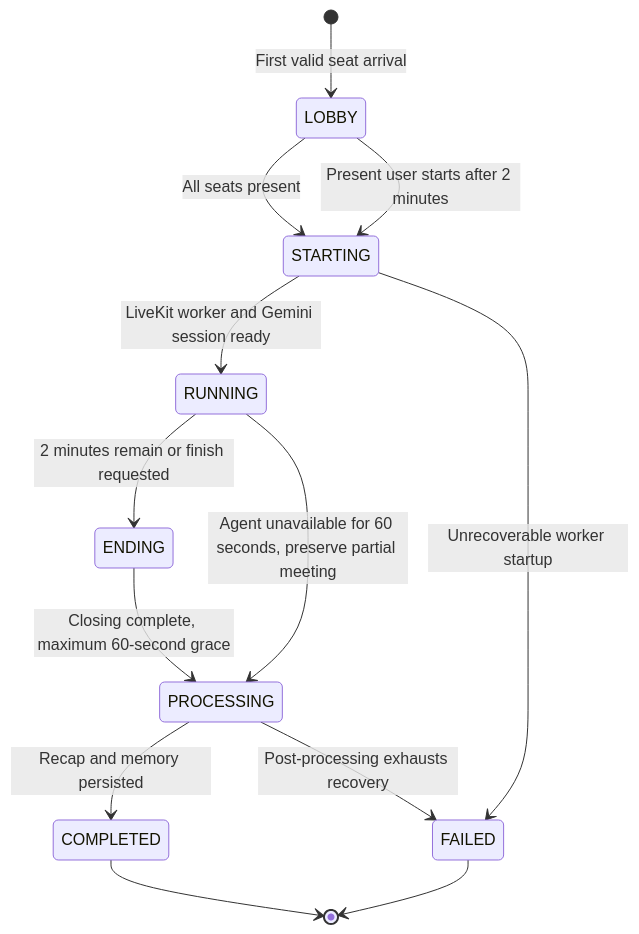
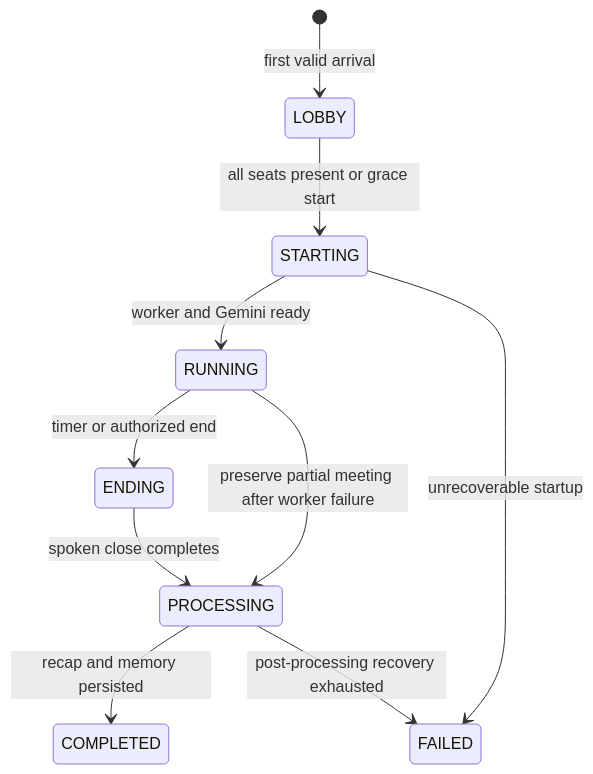
The third of 3 diagrams in docs/FLOW.md (joinarun/RoleCallAI), drawn with Mermaid before and after one commit. The commit also changed other lines of this file and 102 other files, not shown here.

````diff
--- a/docs/FLOW.md
+++ b/docs/FLOW.md
@@ -92,15 +120,12 @@
 ```mermaid
 stateDiagram-v2
-    [*] --> LOBBY: First valid seat arrival
-    LOBBY --> STARTING: All seats present
-    LOBBY --> STARTING: Present user starts after 2 minutes
-    STARTING --> RUNNING: LiveKit worker and Gemini session ready
-    RUNNING --> ENDING: 2 minutes remain or finish requested
-    ENDING --> PROCESSING: Closing complete, maximum 60-second grace
-    PROCESSING --> COMPLETED: Recap and memory persisted
-    STARTING --> FAILED: Unrecoverable worker startup
-    RUNNING --> PROCESSING: Agent unavailable for 60 seconds, preserve partial meeting
-    PROCESSING --> FAILED: Post-processing exhausts recovery
-    COMPLETED --> [*]
-    FAILED --> [*]
+    [*] --> LOBBY: first valid arrival
+    LOBBY --> STARTING: all seats present or grace start
+    STARTING --> RUNNING: worker and Gemini ready
+    RUNNING --> ENDING: timer or authorized end
+    ENDING --> PROCESSING: spoken close completes
+    PROCESSING --> COMPLETED: recap and memory persisted
+    STARTING --> FAILED: unrecoverable startup
+    RUNNING --> PROCESSING: preserve partial meeting after worker failure
+    PROCESSING --> FAILED: post-processing recovery exhausted
 ```
````
